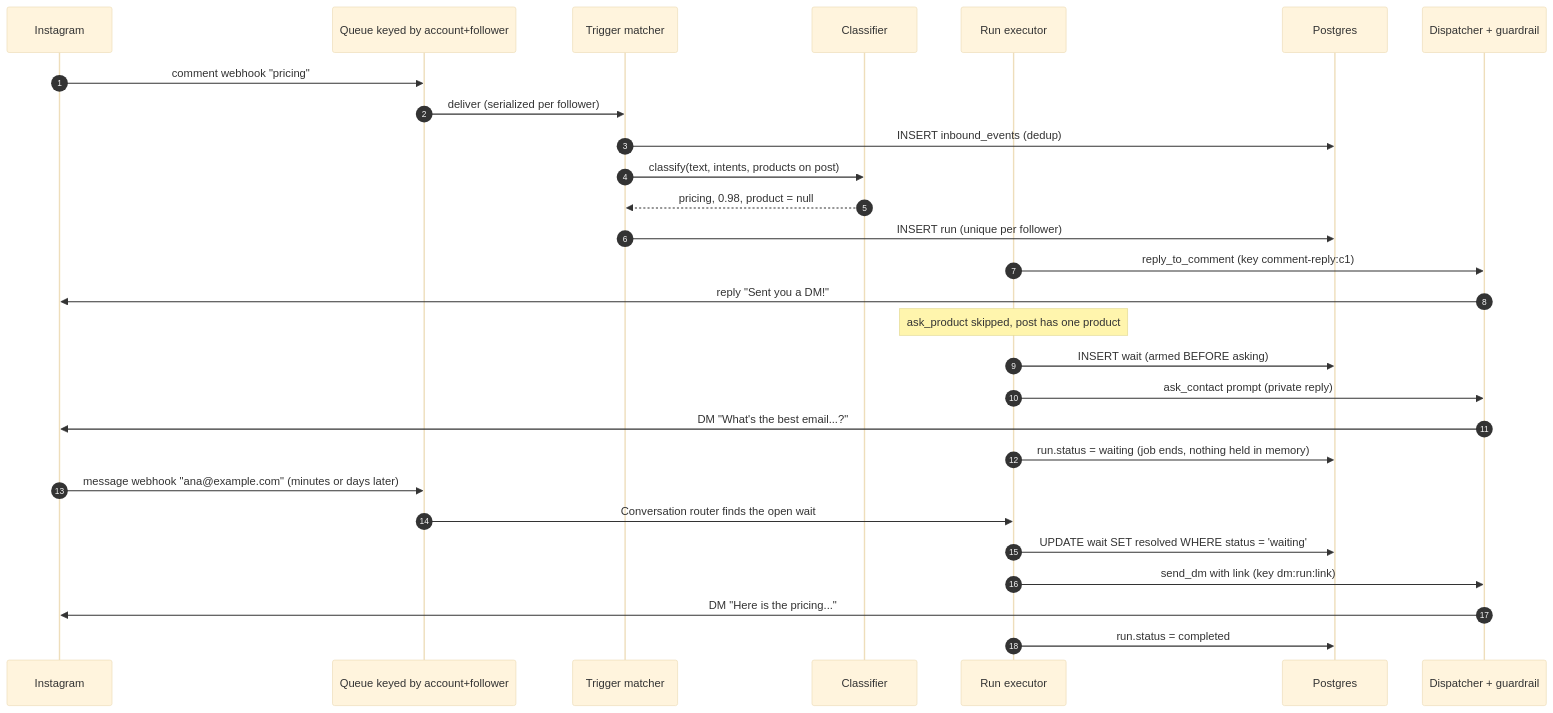
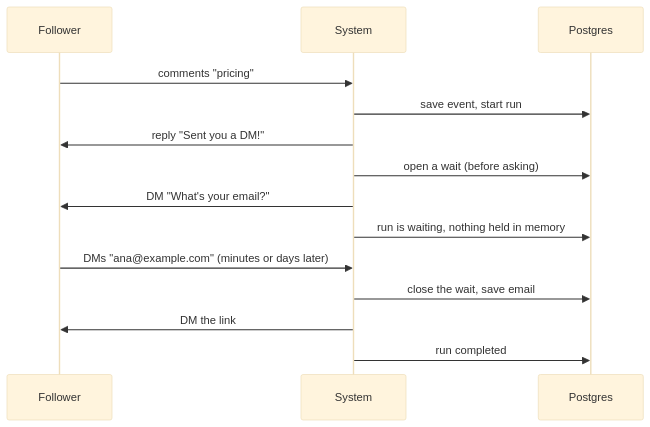
One commit to nafeoalam/comment-automations changed the third of 3 diagrams in docs/DESIGN.md. Above: the diagram before and after it, drawn with Mermaid (base theme). The commit also changed other lines of this file and 1 other file, not shown here.

````diff
--- a/docs/DESIGN.md
+++ b/docs/DESIGN.md
@@ -185,30 +109,16 @@
 ```mermaid
 sequenceDiagram
-  autonumber
-  participant IG as Instagram
-  participant Q as Queue keyed by account+follower
-  participant T as Trigger matcher
-  participant C as Classifier
-  participant X as Run executor
+  participant F as Follower
+  participant S as System
   participant DB as Postgres
-  participant D as Dispatcher + guardrail
-  IG->>Q: comment webhook "pricing"
-  Q->>T: deliver (serialized per follower)
-  T->>DB: INSERT inbound_events (dedup)
-  T->>C: classify(text, intents, products on post)
-  C-->>T: pricing, 0.98, product = null
-  T->>DB: INSERT run (unique per follower)
-  X->>D: reply_to_comment (key comment-reply:c1)
-  D->>IG: reply "Sent you a DM!"
-  Note over X: ask_product skipped, post has one product
-  X->>DB: INSERT wait (armed BEFORE asking)
-  X->>D: ask_contact prompt (private reply)
-  D->>IG: DM "What's the best email...?"
-  X->>DB: run.status = waiting (job ends, nothing held in memory)
-  IG->>Q: message webhook "ana@example.com" (minutes or days later)
-  Q->>X: Conversation router finds the open wait
-  X->>DB: UPDATE wait SET resolved WHERE status = 'waiting'
-  X->>D: send_dm with link (key dm:run:link)
-  D->>IG: DM "Here is the pricing..."
-  X->>DB: run.status = completed
+  F->>S: comments "pricing"
+  S->>DB: save event, start run
+  S->>F: reply "Sent you a DM!"
+  S->>DB: open a wait (before asking)
+  S->>F: DM "What's your email?"
+  S->>DB: run is waiting, nothing held in memory
+  F->>S: DMs "ana@example.com" (minutes or days later)
+  S->>DB: close the wait, save email
+  S->>F: DM the link
+  S->>DB: run completed
 ```
````
